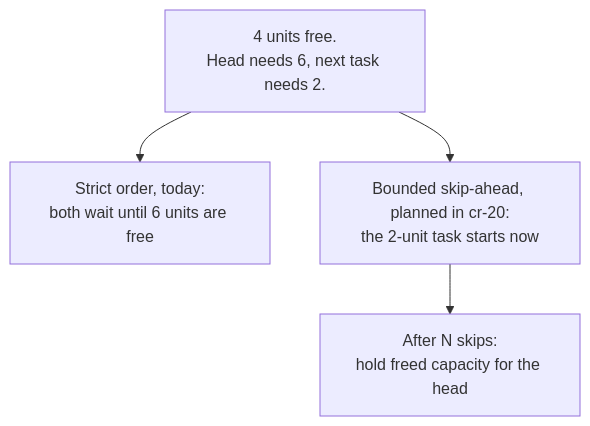
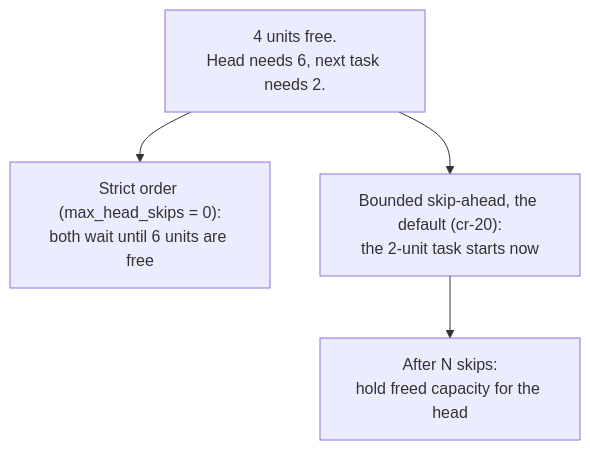
Before and after one commit to Prometheus-AGS/prometheus-parking-lot-rs: the second of 2 diagrams in website/docs/concepts/admission-control.md, drawn with Mermaid. The commit also changed other lines of this file and 3 other files, not shown here.

First line of the commit message:
docs: describe cr-20 skip-ahead admission

````diff
--- a/website/docs/concepts/admission-control.md
+++ b/website/docs/concepts/admission-control.md
@@ -86,6 +86,6 @@
 ```mermaid
 flowchart TD
-  F["4 units free.<br/>Head needs 6, next task needs 2."] --> T["Strict order, today:<br/>both wait until 6 units are free"]
-  F --> K["Bounded skip-ahead, planned in cr-20:<br/>the 2-unit task starts now"]
+  F["4 units free.<br/>Head needs 6, next task needs 2."] --> T["Strict order (max_head_skips = 0):<br/>both wait until 6 units are free"]
+  F --> K["Bounded skip-ahead, the default (cr-20):<br/>the 2-unit task starts now"]
   K --> N["After N skips:<br/>hold freed capacity for the head"]
 ```
````
